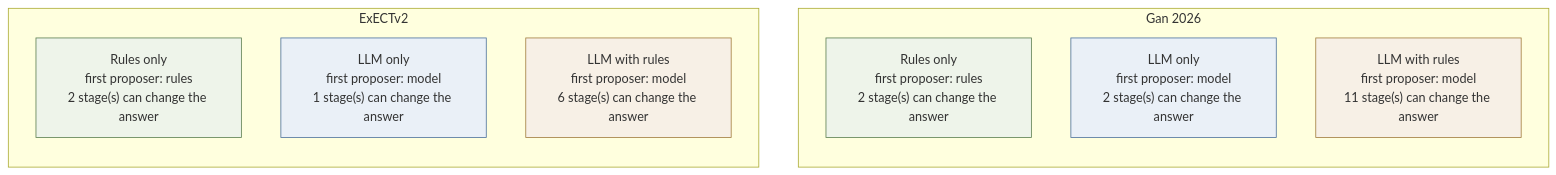
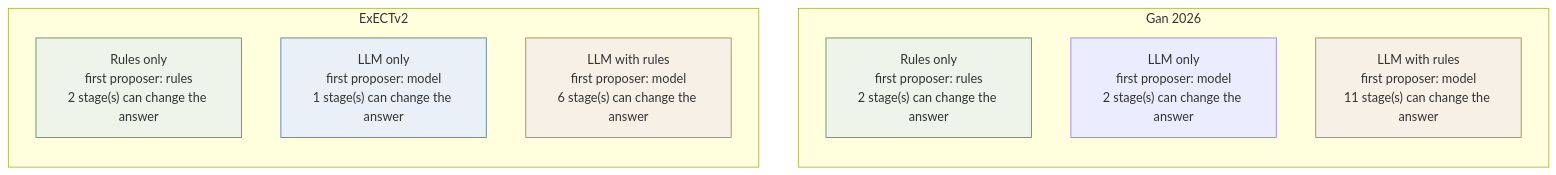
One commit to cbrown564-alt/clinical_extraction changed the diagram in docs/architecture/diagrams/overview.md. Above: the diagram before and after it, drawn with Mermaid. The commit also changed 1 other file, not shown here.

Commit message:
docs: regenerate architecture for Gan llm

````diff
--- a/docs/architecture/diagrams/overview.md
+++ b/docs/architecture/diagrams/overview.md
@@ -10,26 +10,26 @@
 ```mermaid
 flowchart TB
   subgraph gan2026[Gan 2026]
     direction TB
     gan2026_rules_only["Rules only<br/>first proposer: rules<br/>2 stage(s) can change the answer"]
     gan2026_llm_only["LLM only<br/>first proposer: model<br/>2 stage(s) can change the answer"]
     gan2026_llm_with_rules["LLM with rules<br/>first proposer: model<br/>11 stage(s) can change the answer"]
   end
   subgraph exectv2[ExECTv2]
     direction TB
     exectv2_rules_only["Rules only<br/>first proposer: rules<br/>2 stage(s) can change the answer"]
     exectv2_llm_only["LLM only<br/>first proposer: model<br/>1 stage(s) can change the answer"]
     exectv2_llm_with_rules["LLM with rules<br/>first proposer: model<br/>6 stage(s) can change the answer"]
   end
 
   class gan2026_rules_only rules;
-  class gan2026_llm_only llm_only;
+  class gan2026_llm_only llm;
   class gan2026_llm_with_rules llm_with_rules;
   class exectv2_rules_only rules_only;
   class exectv2_llm_only llm_only;
   class exectv2_llm_with_rules llm_with_rules;
   classDef rules fill:#eef4ea,stroke:#5a7d4f;
   classDef rules_only fill:#eef4ea,stroke:#5a7d4f;
   classDef llm_only fill:#eaf0f7,stroke:#4a6f9c;
   classDef llm_with_rules fill:#f7f0e6,stroke:#a07b3c;
 ```
````
